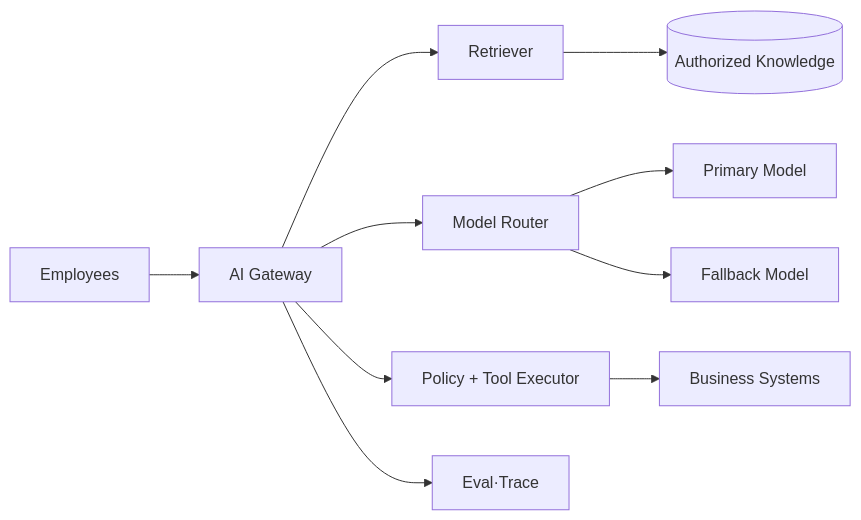
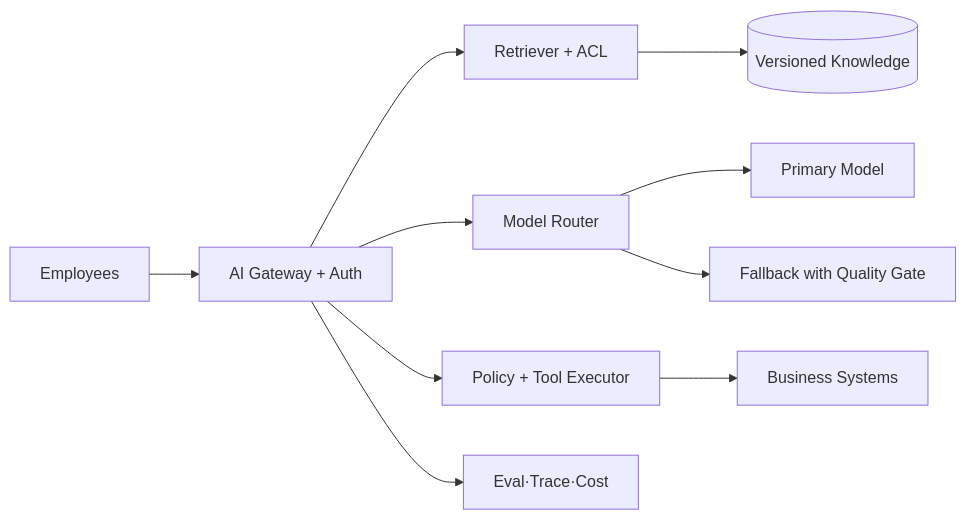
One commit to hyeongseoblim/systemdesign changed the diagram in apps/api/src/main/resources/content/ai-14-production-llm-system-interview.md. Above: the diagram before and after it, drawn with Mermaid. The commit also changed other lines of this file and 96 other files, not shown here.

````diff
--- a/apps/api/src/main/resources/content/ai-14-production-llm-system-interview.md
+++ b/apps/api/src/main/resources/content/ai-14-production-llm-system-interview.md
@@ -24,12 +24,12 @@
 ```mermaid
 flowchart LR
-    U[Employees] --> G[AI Gateway]
-    G --> R[Retriever]
-    R --> D[(Authorized Knowledge)]
+    U[Employees] --> G[AI Gateway + Auth]
+    G --> R[Retriever + ACL]
+    R --> D[(Versioned Knowledge)]
     G --> M[Model Router]
     M --> P[Primary Model]
-    M --> F[Fallback Model]
+    M --> F[Fallback with Quality Gate]
     G --> T[Policy + Tool Executor]
     T --> B[Business Systems]
-    G --> E[Eval·Trace]
+    G --> E[Eval·Trace·Cost]
 ```
````
